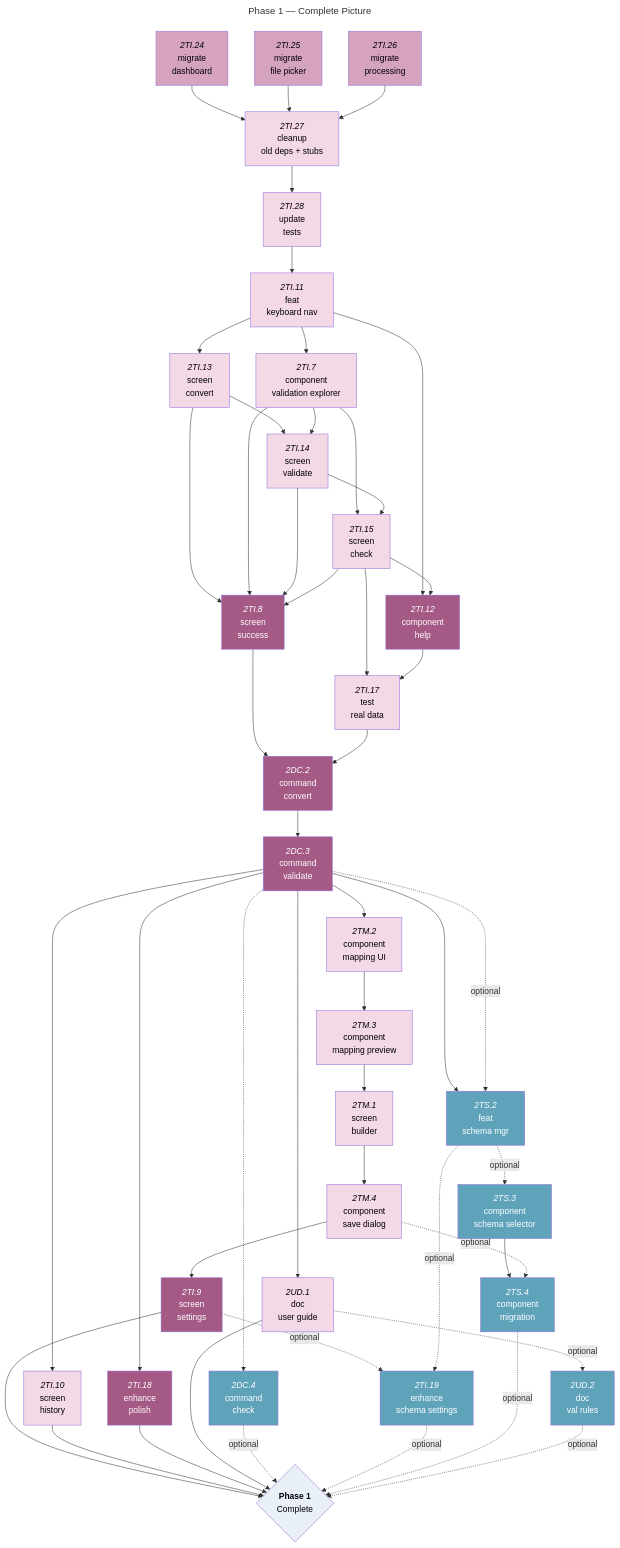
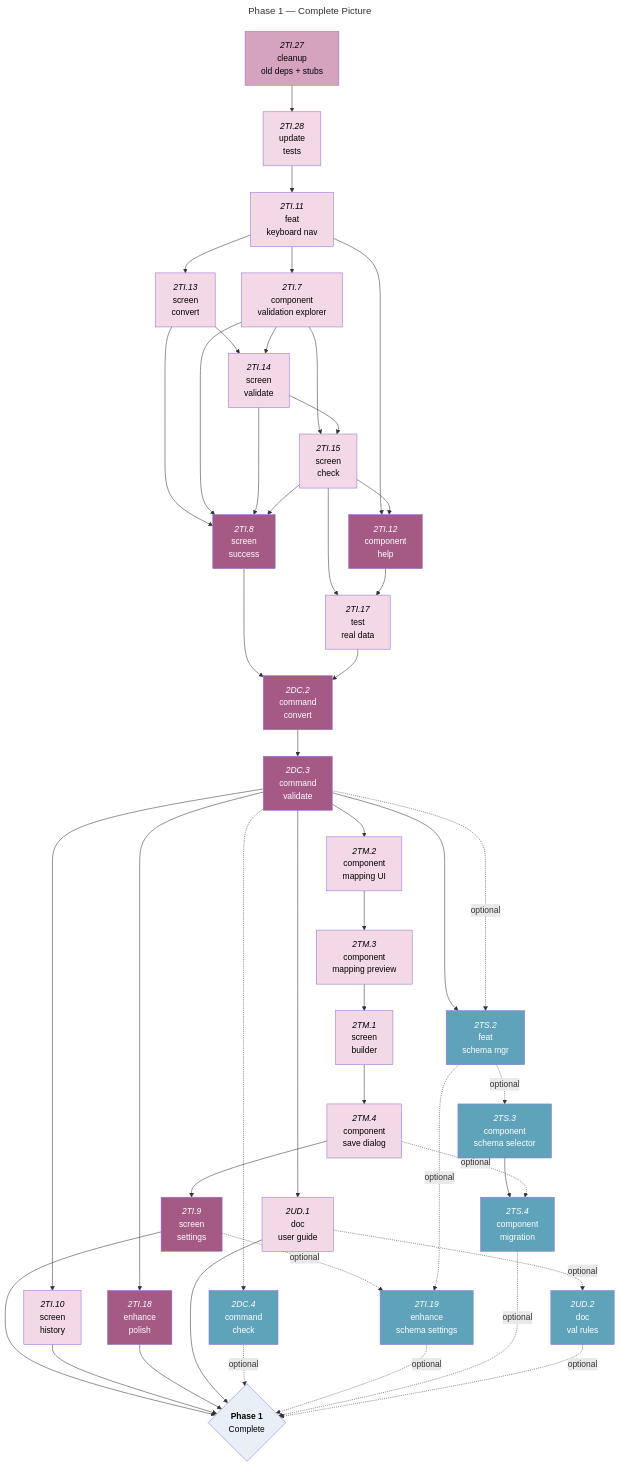
The sixth of 6 diagrams in docs/roadmaps/phase-1-mvp-features.md (foundersandcoders/iris), drawn with Mermaid before and after one commit. The commit also changed other lines of this file and 7 other files, not shown here.

Commit message:
docs: add brand and update roadmap

```diff
--- a/docs/roadmaps/phase-1-mvp-features.md
+++ b/docs/roadmaps/phase-1-mvp-features.md
@@ -372,11 +368,8 @@
 ---
 graph TD
 
-%% OpenTUI Migration Phase 2 (Phase 1 Foundation complete) %%
-2TI.24["`*2TI.24*<br/>migrate<br/>dashboard`"]:::must-open
-2TI.25["`*2TI.25*<br/>migrate<br/>file picker`"]:::must-open
-2TI.26["`*2TI.26*<br/>migrate<br/>processing`"]:::must-open
-2TI.27["`*2TI.27*<br/>cleanup<br/>old deps + stubs`"]:::must-blocked
+%% OpenTUI Migration (Phases 1-2 complete) %%
+2TI.27["`*2TI.27*<br/>cleanup<br/>old deps + stubs`"]:::must-open
 2TI.28["`*2TI.28*<br/>update<br/>tests`"]:::must-blocked
 
 %% M2A Core Tasks %%
@@ -412,8 +405,7 @@
 %% Milestone nodes %%
 phase1{"`**Phase 1**<br/>Complete`"}:::mile
 
-%% Migration Dependencies (Phase 1 Foundation complete) %%
-2TI.24 & 2TI.25 & 2TI.26 --> 2TI.27
+%% Migration Dependencies (Phases 1-2 complete) %%
 2TI.27 --> 2TI.28
 2TI.28 --> 2TI.11
 
```
